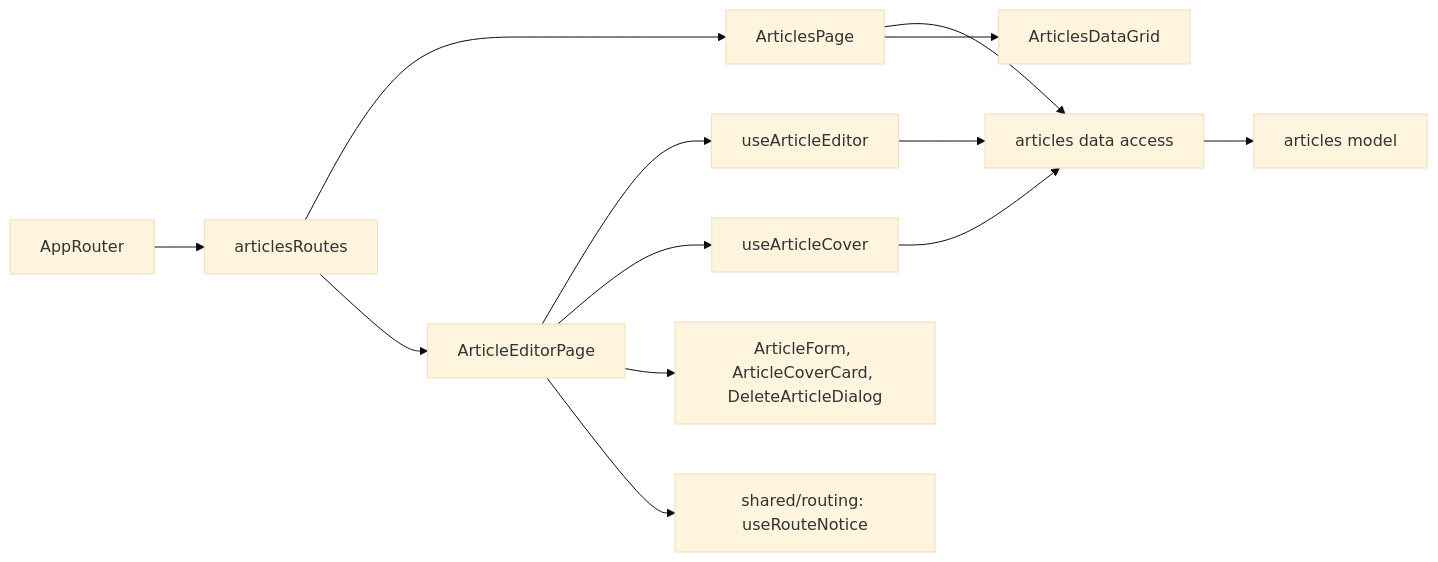
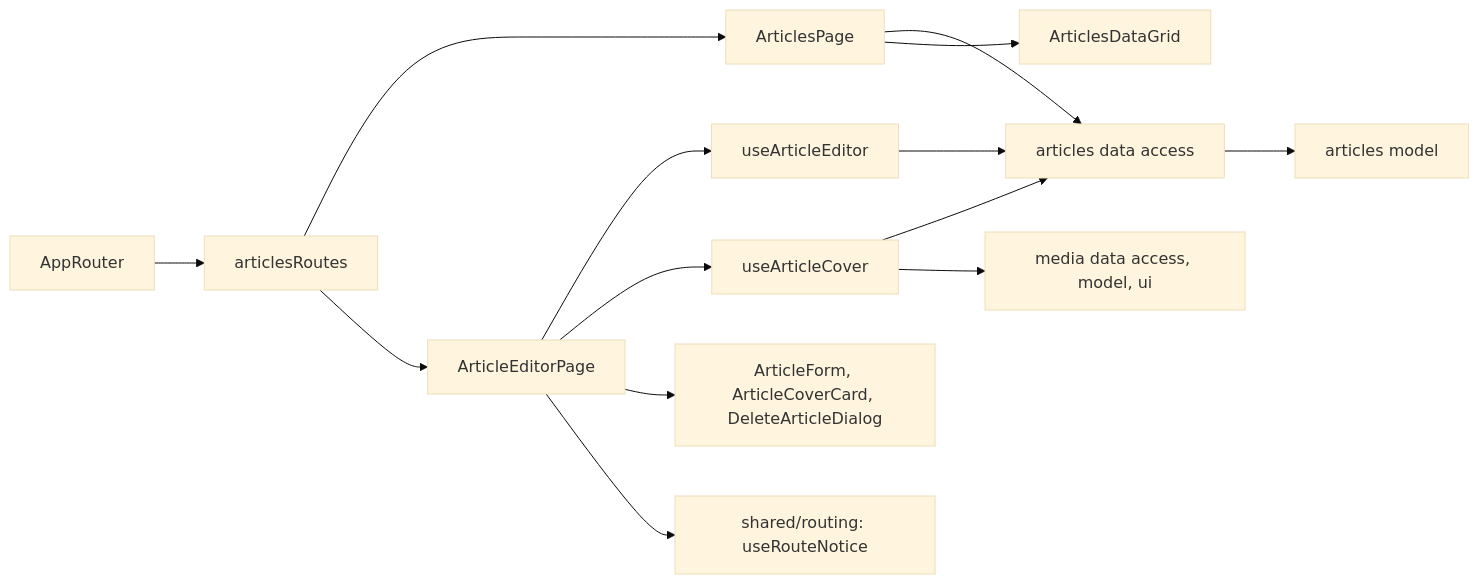
Before and after one commit to Weretik/kedr-web: the diagram in docs/features/admin/articles.md, drawn with Mermaid (base theme). The commit also changed other lines of this file and 23 other files, not shown here.

````diff
--- a/docs/features/admin/articles.md
+++ b/docs/features/admin/articles.md
@@ -14,15 +14,16 @@
 ```mermaid
 flowchart LR
     App[AppRouter] --> Routes[articlesRoutes]
     Routes --> List[ArticlesPage]
     Routes --> Editor[ArticleEditorPage]
     Editor --> Draft[useArticleEditor]
     Editor --> Cover[useArticleCover]
     List --> Api[articles data access]
     Draft --> Api
     Cover --> Api
+    Cover --> Media[media data access, model, ui]
     Api --> Model[articles model]
     List --> Grid[ArticlesDataGrid]
     Editor --> UI[ArticleForm, ArticleCoverCard, DeleteArticleDialog]
     Editor --> Notice[shared/routing: useRouteNotice]
 ```
````
